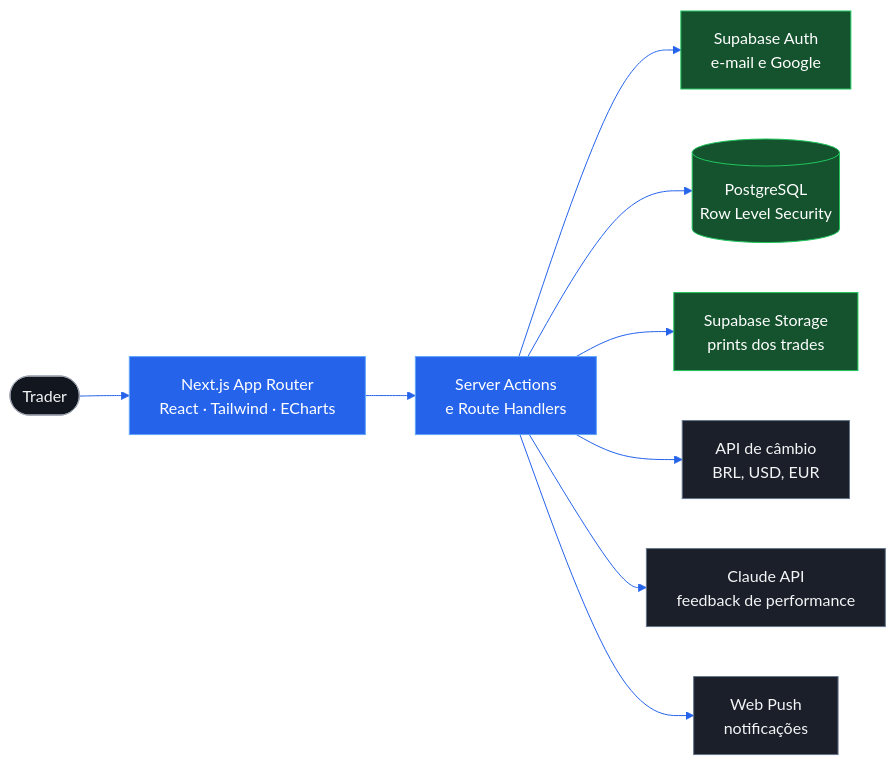
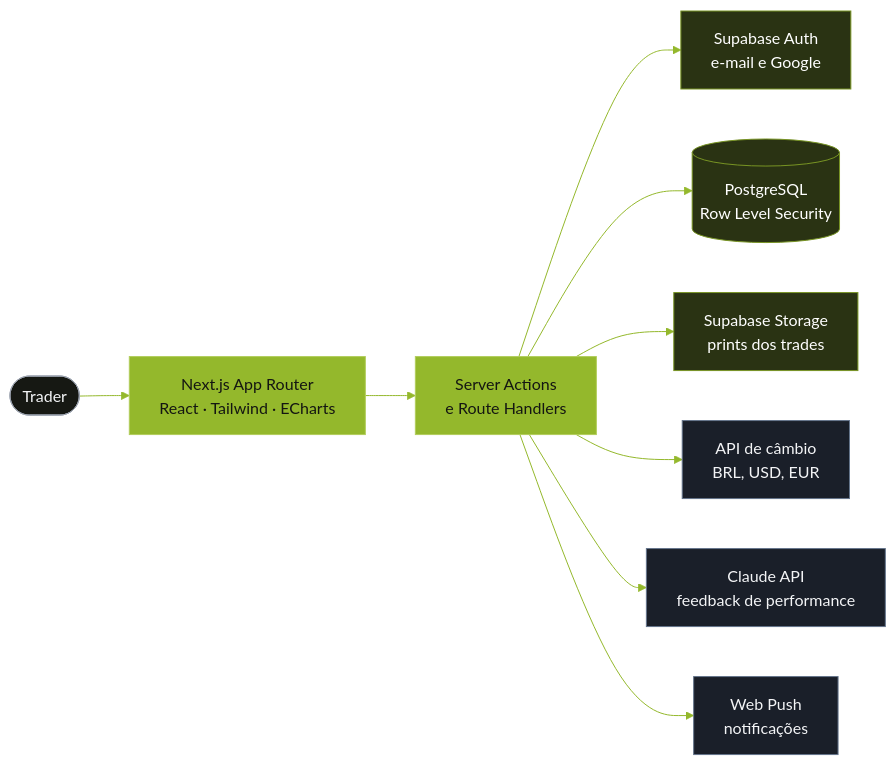
One commit to joaotabosa3599/joaotabosa3599 changed the first of 2 diagrams in README.md. Above: the diagram before and after it, drawn with Mermaid. The commit also changed other lines of this file and 5 other files, not shown here.

````diff
--- a/README.md
+++ b/README.md
@@ -74,25 +83,25 @@
 ```mermaid
 %%{init: {"theme": "base", "themeVariables": {
   "fontFamily": "-apple-system, Segoe UI, Helvetica, Arial, sans-serif",
-  "primaryColor": "#12161e", "primaryTextColor": "#f3f4f6", "primaryBorderColor": "#273040",
-  "lineColor": "#2563eb", "edgeLabelBackground": "#0d1017", "clusterBkg": "#0d1017"
+  "primaryColor": "#161813", "primaryTextColor": "#f3f4f6", "primaryBorderColor": "#2e3326",
+  "lineColor": "#94b82c", "edgeLabelBackground": "#0e0f0c", "clusterBkg": "#0e0f0c"
 }}}%%
 flowchart LR
     U([Trader]) --> APP["Next.js App Router<br/>React · Tailwind · ECharts"]
     APP --> SA["Server Actions<br/>e Route Handlers"]
     SA --> AUTH["Supabase Auth<br/>e-mail e Google"]
     SA --> DB[("PostgreSQL<br/>Row Level Security")]
     SA --> ST["Supabase Storage<br/>prints dos trades"]
     SA --> FX["API de câmbio<br/>BRL, USD, EUR"]
     SA --> AI["Claude API<br/>feedback de performance"]
     SA --> PUSH["Web Push<br/>notificações"]
 
-    classDef user fill:#12161e,stroke:#9ca3af,color:#f3f4f6
-    classDef app fill:#2563eb,stroke:#60a5fa,color:#fff
-    classDef data fill:#14532d,stroke:#22c55e,color:#fff
+    classDef user fill:#161813,stroke:#9ca3af,color:#f3f4f6
+    classDef app fill:#94b82c,stroke:#b2cd5c,color:#141612
+    classDef data fill:#2a3313,stroke:#789424,color:#fff
     classDef ext fill:#1a1f29,stroke:#64748b,color:#f3f4f6
     class U user
     class APP,SA app
     class DB,AUTH,ST data
     class FX,AI,PUSH ext
 ```
````
